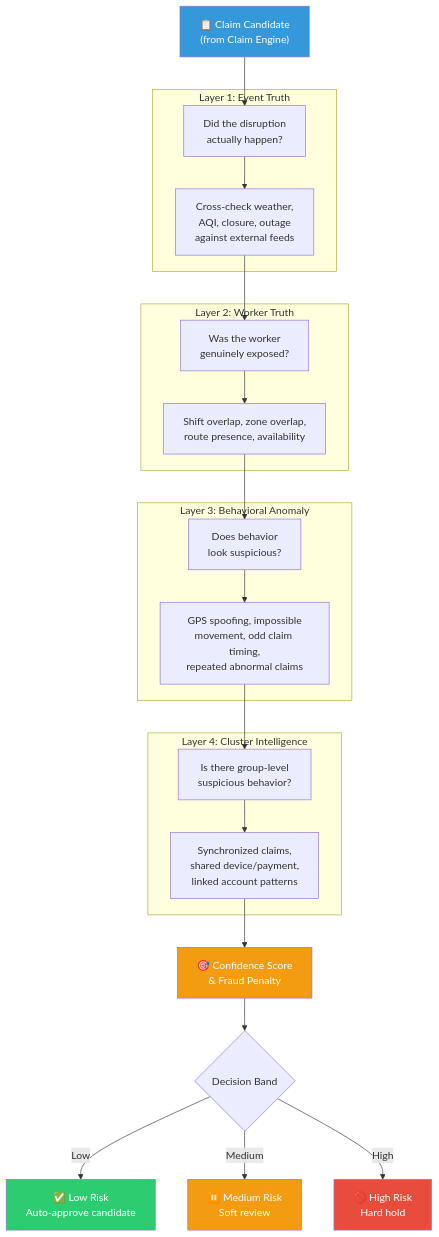
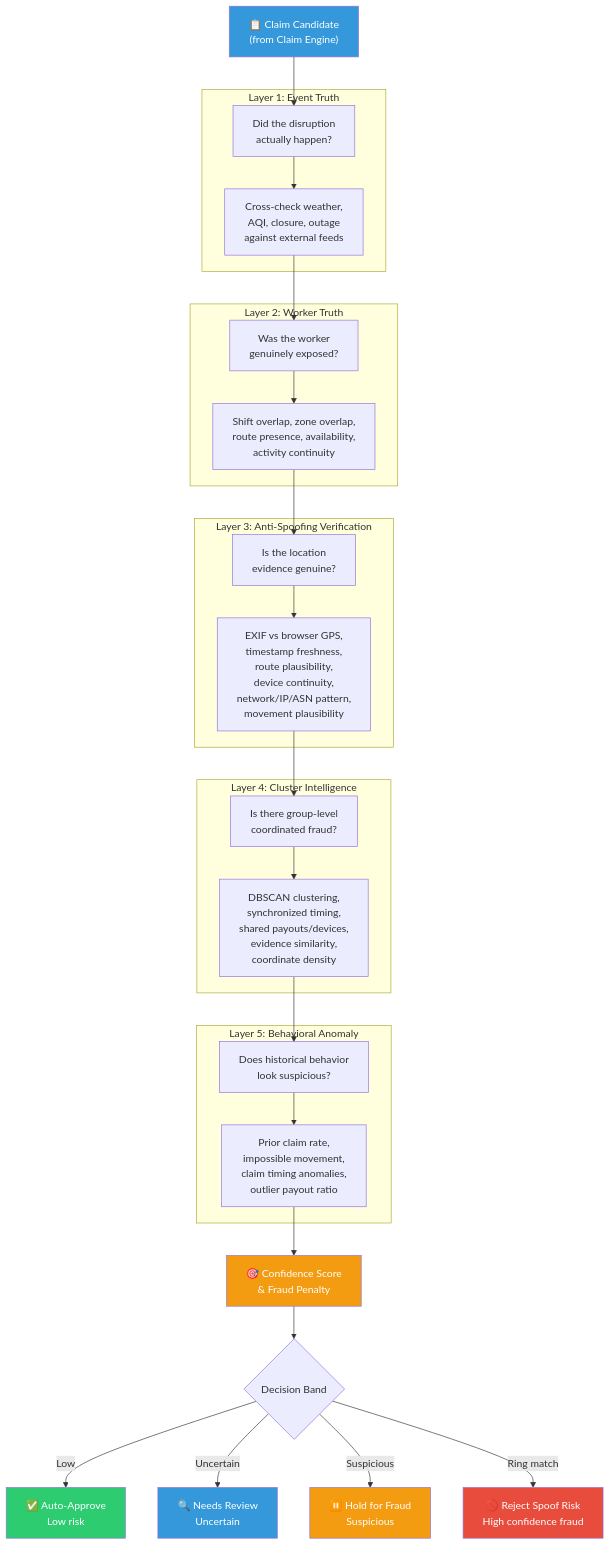
One commit to Chorko/Celestius_Covara_One_P1 changed the first of 2 diagrams in fraud/README.md. Above: the diagram before and after it, drawn with Mermaid. The commit also changed other lines of this file and 18 other files, not shown here.

Commit message:
docs: Add adversarial defense, parametric ladder, and multi-signal anti-spoofing logic

````diff
--- a/fraud/README.md
+++ b/fraud/README.md
@@ -23,51 +26,61 @@
 ```mermaid
 flowchart TD
     CL["📋 Claim Candidate<br/>(from Claim Engine)"]
 
     subgraph "Layer 1: Event Truth"
         L1["Did the disruption<br/>actually happen?"]
         L1C["Cross-check weather,<br/>AQI, closure, outage<br/>against external feeds"]
     end
 
     subgraph "Layer 2: Worker Truth"
         L2["Was the worker<br/>genuinely exposed?"]
-        L2C["Shift overlap, zone overlap,<br/>route presence, availability"]
+        L2C["Shift overlap, zone overlap,<br/>route presence, availability,<br/>activity continuity"]
     end
 
-    subgraph "Layer 3: Behavioral Anomaly"
-        L3["Does behavior<br/>look suspicious?"]
-        L3C["GPS spoofing, impossible<br/>movement, odd claim timing,<br/>repeated abnormal claims"]
+    subgraph "Layer 3: Anti-Spoofing Verification"
+        L3["Is the location<br/>evidence genuine?"]
+        L3C["EXIF vs browser GPS,<br/>timestamp freshness,<br/>route plausibility,<br/>device continuity,<br/>network/IP/ASN pattern,<br/>movement plausibility"]
     end
 
     subgraph "Layer 4: Cluster Intelligence"
-        L4["Is there group-level<br/>suspicious behavior?"]
-        L4C["Synchronized claims,<br/>shared device/payment,<br/>linked account patterns"]
+        L4["Is there group-level<br/>coordinated fraud?"]
+        L4C["DBSCAN clustering,<br/>synchronized timing,<br/>shared payouts/devices,<br/>evidence similarity,<br/>coordinate density"]
+    end
+
+    subgraph "Layer 5: Behavioral Anomaly"
+        L5["Does historical behavior<br/>look suspicious?"]
+        L5C["Prior claim rate,<br/>impossible movement,<br/>claim timing anomalies,<br/>outlier payout ratio"]
     end
 
     CS["🎯 Confidence Score<br/>& Fraud Penalty"]
 
     DB{"Decision Band"}
-    LOW["✅ Low Risk<br/>Auto-approve candidate"]
-    MED["⏸️ Medium Risk<br/>Soft review"]
-    HIGH["🚫 High Risk<br/>Hard hold"]
+    AUTO["✅ Auto-Approve<br/>Low risk"]
+    REVIEW["🔍 Needs Review<br/>Uncertain"]
+    HOLD["⏸️ Hold for Fraud<br/>Suspicious"]
+    REJECT["🚫 Reject Spoof Risk<br/>High confidence fraud"]
 
     CL --> L1
     L1 --> L1C
     L1C --> L2
     L2 --> L2C
     L2C --> L3
     L3 --> L3C
     L3C --> L4
     L4 --> L4C
-    L4C --> CS
+    L4C --> L5
+    L5 --> L5C
+    L5C --> CS
     CS --> DB
-    DB -- "Low" --> LOW
-    DB -- "Medium" --> MED
-    DB -- "High" --> HIGH
+    DB -- "Low" --> AUTO
+    DB -- "Uncertain" --> REVIEW
+    DB -- "Suspicious" --> HOLD
+    DB -- "Ring match" --> REJECT
 
     style CL fill:#3498db,color:#fff
     style CS fill:#f39c12,color:#fff
-    style LOW fill:#2ecc71,color:#fff
-    style MED fill:#f39c12,color:#fff
-    style HIGH fill:#e74c3c,color:#fff
+    style AUTO fill:#2ecc71,color:#fff
+    style REVIEW fill:#3498db,color:#fff
+    style HOLD fill:#f39c12,color:#fff
+    style REJECT fill:#e74c3c,color:#fff
 ```
````
